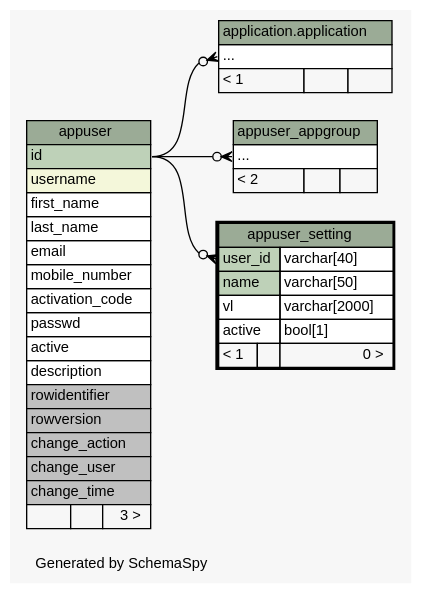
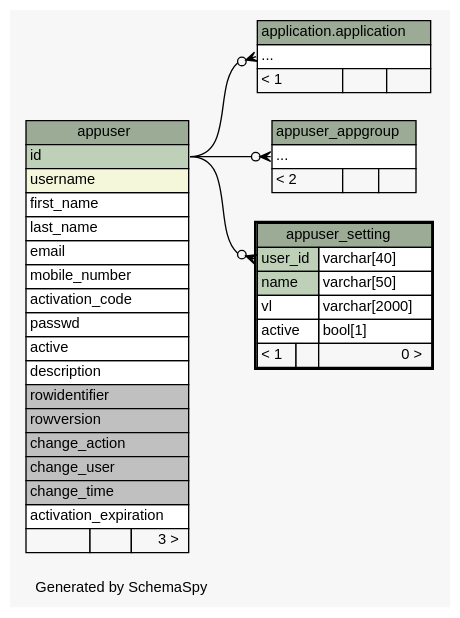
The diagram in doc/system/diagrams/appuser_setting.2degrees.dot (SOLA-FAO/database_sola), drawn with Graphviz before and after one commit. The commit also changed 570 other files, not shown here.

First line of the commit message:
Data and schema updates [#420]

```diff
--- a/doc/system/diagrams/appuser_setting.2degrees.dot
+++ b/doc/system/diagrams/appuser_setting.2degrees.dot
@@ -1,82 +1,83 @@
-// dot 2.36.0 on Windows 8 6.2
+// dot 2.36.0 on Windows 7 6.1
 // SchemaSpy rev 590
 digraph "twoDegreesRelationshipsDiagram" {
   graph [
     rankdir="RL"
     bgcolor="#f7f7f7"
     label="\nGenerated by SchemaSpy"
     labeljust="l"
     nodesep="0.18"
     ranksep="0.46"
     fontname="Helvetica"
     fontsize="11"
   ];
   node [
     fontname="Helvetica"
     fontsize="11"
     shape="plaintext"
   ];
   edge [
     arrowsize="0.8"
   ];
   "application.application":"elipses":w -> "appuser":"id":e [arrowhead=none dir=back arrowtail=crowodot];
   "appuser_appgroup":"elipses":w -> "appuser":"id":e [arrowhead=none dir=back arrowtail=crowodot];
   "appuser_setting":"user_id":w -> "appuser":"id":e [arrowhead=none dir=back arrowtail=crowodot];
   "application.application" [
     label=<
     <TABLE BORDER="0" CELLBORDER="1" CELLSPACING="0" BGCOLOR="#ffffff">
       <TR><TD COLSPAN="3" BGCOLOR="#9bab96" ALIGN="CENTER">application.application</TD></TR>
       <TR><TD PORT="elipses" COLSPAN="3" ALIGN="LEFT">...</TD></TR>
       <TR><TD ALIGN="LEFT" BGCOLOR="#f7f7f7">&lt; 1</TD><TD ALIGN="RIGHT" BGCOLOR="#f7f7f7">  </TD><TD ALIGN="RIGHT" BGCOLOR="#f7f7f7">  </TD></TR>
     </TABLE>>
     URL="../../application/tables/application.html"
     tooltip="application.application"
   ];
   "appuser" [
     label=<
     <TABLE BORDER="0" CELLBORDER="1" CELLSPACING="0" BGCOLOR="#ffffff">
       <TR><TD COLSPAN="3" BGCOLOR="#9bab96" ALIGN="CENTER">appuser</TD></TR>
       <TR><TD PORT="id" COLSPAN="3" BGCOLOR="#bed1b8" ALIGN="LEFT">id</TD></TR>
       <TR><TD PORT="username" COLSPAN="3" BGCOLOR="#f4f7da" ALIGN="LEFT">username</TD></TR>
       <TR><TD PORT="first_name" COLSPAN="3" ALIGN="LEFT">first_name</TD></TR>
       <TR><TD PORT="last_name" COLSPAN="3" ALIGN="LEFT">last_name</TD></TR>
       <TR><TD PORT="email" COLSPAN="3" ALIGN="LEFT">email</TD></TR>
       <TR><TD PORT="mobile_number" COLSPAN="3" ALIGN="LEFT">mobile_number</TD></TR>
       <TR><TD PORT="activation_code" COLSPAN="3" ALIGN="LEFT">activation_code</TD></TR>
       <TR><TD PORT="passwd" COLSPAN="3" ALIGN="LEFT">passwd</TD></TR>
       <TR><TD PORT="active" COLSPAN="3" ALIGN="LEFT">active</TD></TR>
       <TR><TD PORT="description" COLSPAN="3" ALIGN="LEFT">description</TD></TR>
       <TR><TD PORT="rowidentifier" COLSPAN="3" BGCOLOR="#c0c0c0" ALIGN="LEFT">rowidentifier</TD></TR>
       <TR><TD PORT="rowversion" COLSPAN="3" BGCOLOR="#c0c0c0" ALIGN="LEFT">rowversion</TD></TR>
       <TR><TD PORT="change_action" COLSPAN="3" BGCOLOR="#c0c0c0" ALIGN="LEFT">change_action</TD></TR>
       <TR><TD PORT="change_user" COLSPAN="3" BGCOLOR="#c0c0c0" ALIGN="LEFT">change_user</TD></TR>
       <TR><TD PORT="change_time" COLSPAN="3" BGCOLOR="#c0c0c0" ALIGN="LEFT">change_time</TD></TR>
+      <TR><TD PORT="activation_expiration" COLSPAN="3" ALIGN="LEFT">activation_expiration</TD></TR>
       <TR><TD ALIGN="LEFT" BGCOLOR="#f7f7f7">  </TD><TD ALIGN="RIGHT" BGCOLOR="#f7f7f7">  </TD><TD ALIGN="RIGHT" BGCOLOR="#f7f7f7">3 &gt;</TD></TR>
     </TABLE>>
     URL="appuser.html"
     tooltip="appuser"
   ];
   "appuser_appgroup" [
     label=<
     <TABLE BORDER="0" CELLBORDER="1" CELLSPACING="0" BGCOLOR="#ffffff">
       <TR><TD COLSPAN="3" BGCOLOR="#9bab96" ALIGN="CENTER">appuser_appgroup</TD></TR>
       <TR><TD PORT="elipses" COLSPAN="3" ALIGN="LEFT">...</TD></TR>
       <TR><TD ALIGN="LEFT" BGCOLOR="#f7f7f7">&lt; 2</TD><TD ALIGN="RIGHT" BGCOLOR="#f7f7f7">  </TD><TD ALIGN="RIGHT" BGCOLOR="#f7f7f7">  </TD></TR>
     </TABLE>>
     URL="appuser_appgroup.html"
     tooltip="appuser_appgroup"
   ];
   "appuser_setting" [
     label=<
     <TABLE BORDER="2" CELLBORDER="1" CELLSPACING="0" BGCOLOR="#ffffff">
       <TR><TD COLSPAN="3" BGCOLOR="#9bab96" ALIGN="CENTER">appuser_setting</TD></TR>
       <TR><TD PORT="user_id" COLSPAN="2" BGCOLOR="#bed1b8" ALIGN="LEFT">user_id</TD><TD PORT="user_id.type" ALIGN="LEFT">varchar[40]</TD></TR>
       <TR><TD PORT="name" COLSPAN="2" BGCOLOR="#bed1b8" ALIGN="LEFT">name</TD><TD PORT="name.type" ALIGN="LEFT">varchar[50]</TD></TR>
       <TR><TD PORT="vl" COLSPAN="2" ALIGN="LEFT">vl</TD><TD PORT="vl.type" ALIGN="LEFT">varchar[2000]</TD></TR>
       <TR><TD PORT="active" COLSPAN="2" ALIGN="LEFT">active</TD><TD PORT="active.type" ALIGN="LEFT">bool[1]</TD></TR>
       <TR><TD ALIGN="LEFT" BGCOLOR="#f7f7f7">&lt; 1</TD><TD ALIGN="RIGHT" BGCOLOR="#f7f7f7">  </TD><TD ALIGN="RIGHT" BGCOLOR="#f7f7f7">0 &gt;</TD></TR>
     </TABLE>>
     URL="appuser_setting.html"
     tooltip="appuser_setting"
   ];
 }
```
